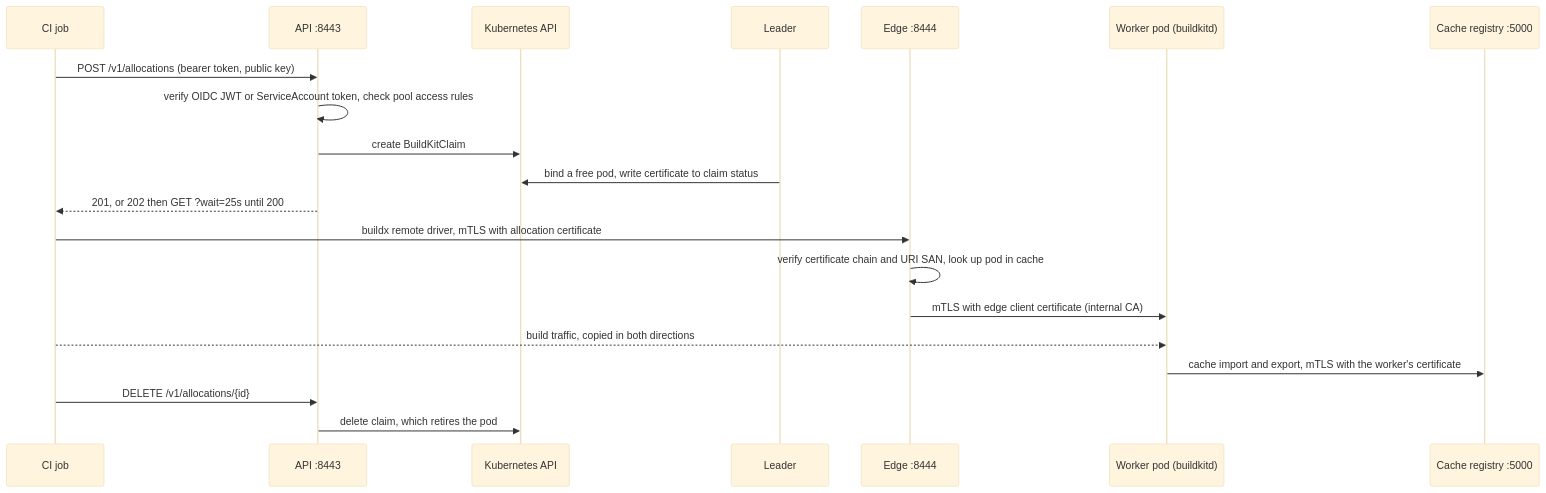
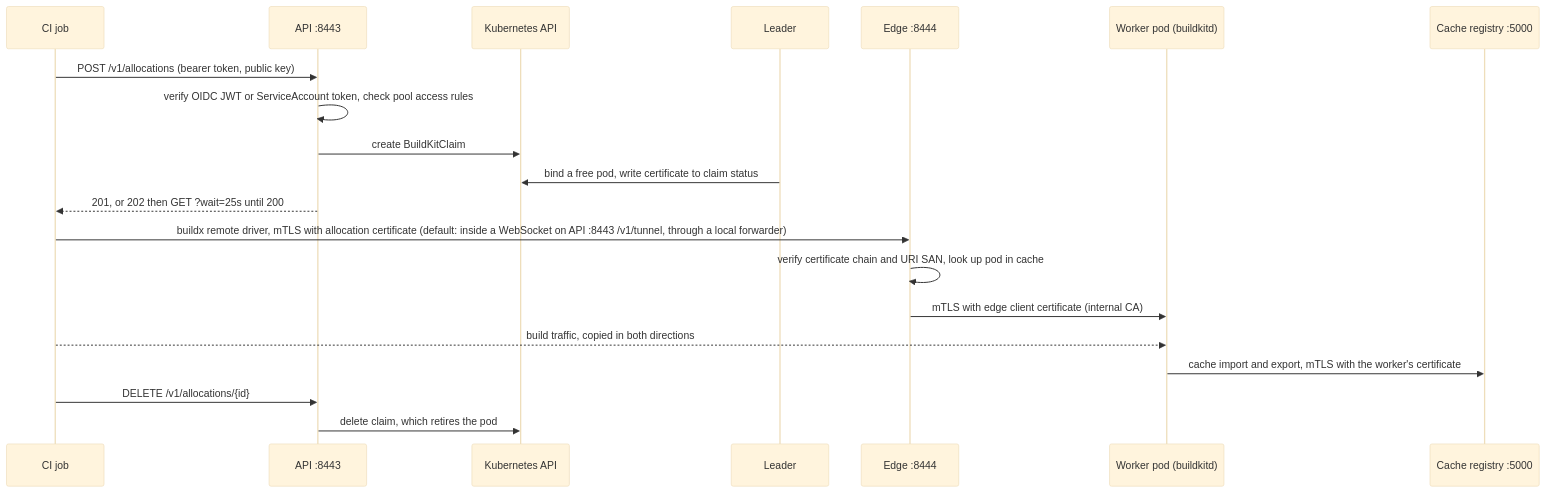
Before and after one commit to smrt-devops/buildkit-controller: the diagram in docs/architecture.md, drawn with Mermaid (base theme). The commit also changed other lines of this file and 29 other files, not shown here.

Commit message:
Make the tunnel the default exposure in the chart and docs

````diff
--- a/docs/architecture.md
+++ b/docs/architecture.md
@@ -61,22 +61,22 @@
 ```mermaid
 sequenceDiagram
     participant CI as CI job
     participant API as API :8443
     participant K as Kubernetes API
     participant L as Leader
     participant Edge as Edge :8444
     participant W as Worker pod (buildkitd)
     participant C as Cache registry :5000
     CI->>API: POST /v1/allocations (bearer token, public key)
     API->>API: verify OIDC JWT or ServiceAccount token, check pool access rules
     API->>K: create BuildKitClaim
     L->>K: bind a free pod, write certificate to claim status
     API-->>CI: 201, or 202 then GET ?wait=25s until 200
-    CI->>Edge: buildx remote driver, mTLS with allocation certificate
+    CI->>Edge: buildx remote driver, mTLS with allocation certificate (default: inside a WebSocket on API :8443 /v1/tunnel, through a local forwarder)
     Edge->>Edge: verify certificate chain and URI SAN, look up pod in cache
     Edge->>W: mTLS with edge client certificate (internal CA)
     CI-->>W: build traffic, copied in both directions
     W->>C: cache import and export, mTLS with the worker's certificate
     CI->>API: DELETE /v1/allocations/{id}
     API->>K: delete claim, which retires the pod
 ```
````
